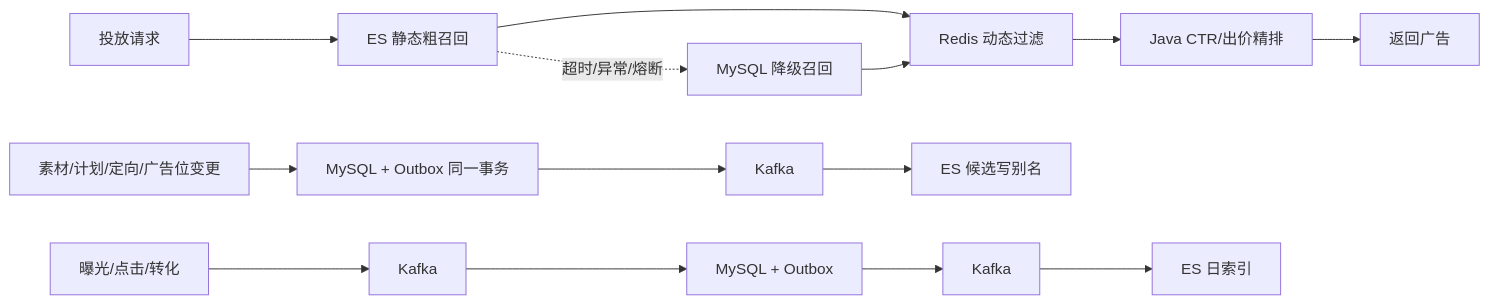
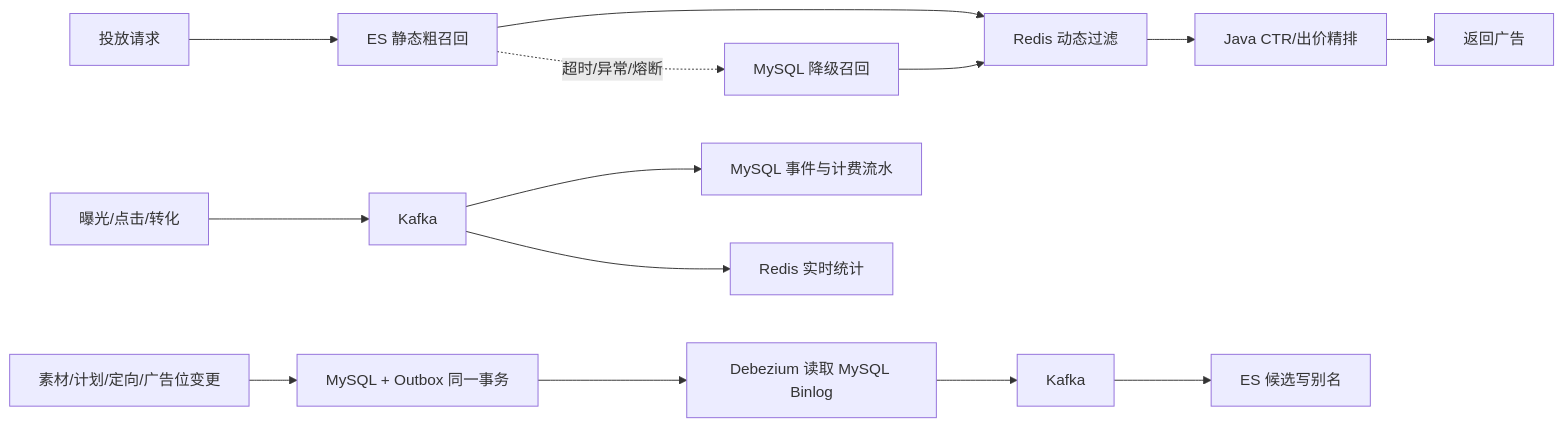
The diagram in README.md (planckmax42/Guanggao), drawn with Mermaid before and after one commit. The commit also changed other lines of this file and 47 other files, not shown here.

````diff
--- a/README.md
+++ b/README.md
@@ -7,18 +7,18 @@
 ```mermaid
 flowchart LR
     A[投放请求] --> B[ES 静态粗召回]
     B --> C[Redis 动态过滤]
     C --> D[Java CTR/出价精排]
     D --> E[返回广告]
     B -. 超时/异常/熔断 .-> F[MySQL 降级召回]
     F --> C
 
     G[素材/计划/定向/广告位变更] --> H[MySQL + Outbox 同一事务]
-    H --> I[Kafka]
+    H --> CDC[Debezium 读取 MySQL Binlog]
+    CDC --> I[Kafka]
     I --> J[ES 候选写别名]
 
     K[曝光/点击/转化] --> L[Kafka]
-    L --> M[MySQL + Outbox]
-    M --> N[Kafka]
-    N --> O[ES 日索引]
+    L --> M[MySQL 事件与计费流水]
+    L --> N[Redis 实时统计]
 ```
````
